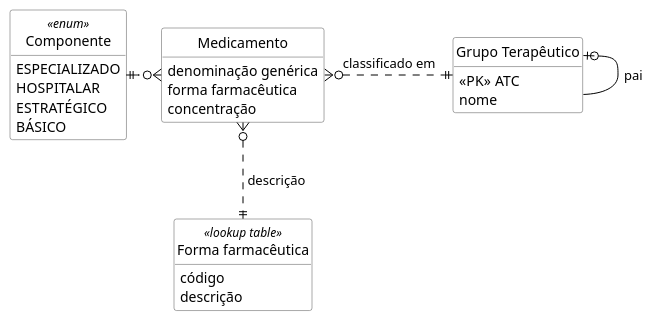
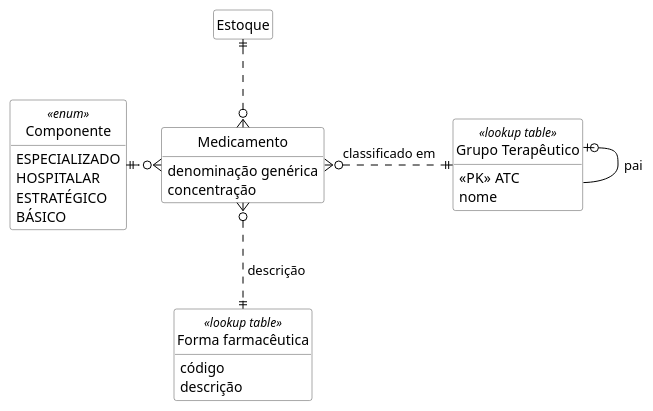
Before and after one commit to kyriosdata/medicamentos: the diagram in UML/dados.puml, drawn with PlantUML. The commit also changed 2 other files, not shown here.

```diff
--- a/UML/dados.puml
+++ b/UML/dados.puml
@@ -1,41 +1,41 @@
 @startuml dados
 
 hide circle
 hide methods
 hide empty members
 
 skinparam class {
     BackgroundColor White
     ArrowColor Black
     BorderColor #505050
 }
 
-entity "Grupo Terapêutico" as GT {
+entity "Grupo Terapêutico" as GT <<lookup table>> {
     <<PK>> ATC
     nome
 }
 
 entity Medicamento {
     denominação genérica
-    forma farmacêutica
     concentração
 }
 
 entity "Forma farmacêutica" as FF <<lookup table>> {
     código
     descrição
 }
 
 entity Componente <<enum>> {
     ESPECIALIZADO
     HOSPITALAR
     ESTRATÉGICO
     BÁSICO
 } 
 
 GT |o-- GT : pai
 Medicamento }o.right.|| GT : classificado em
 Medicamento }o..|| FF : " descrição"
 Medicamento }o.left.|| Componente
+Medicamento }o.up.|| Estoque
 
 @enduml
```
